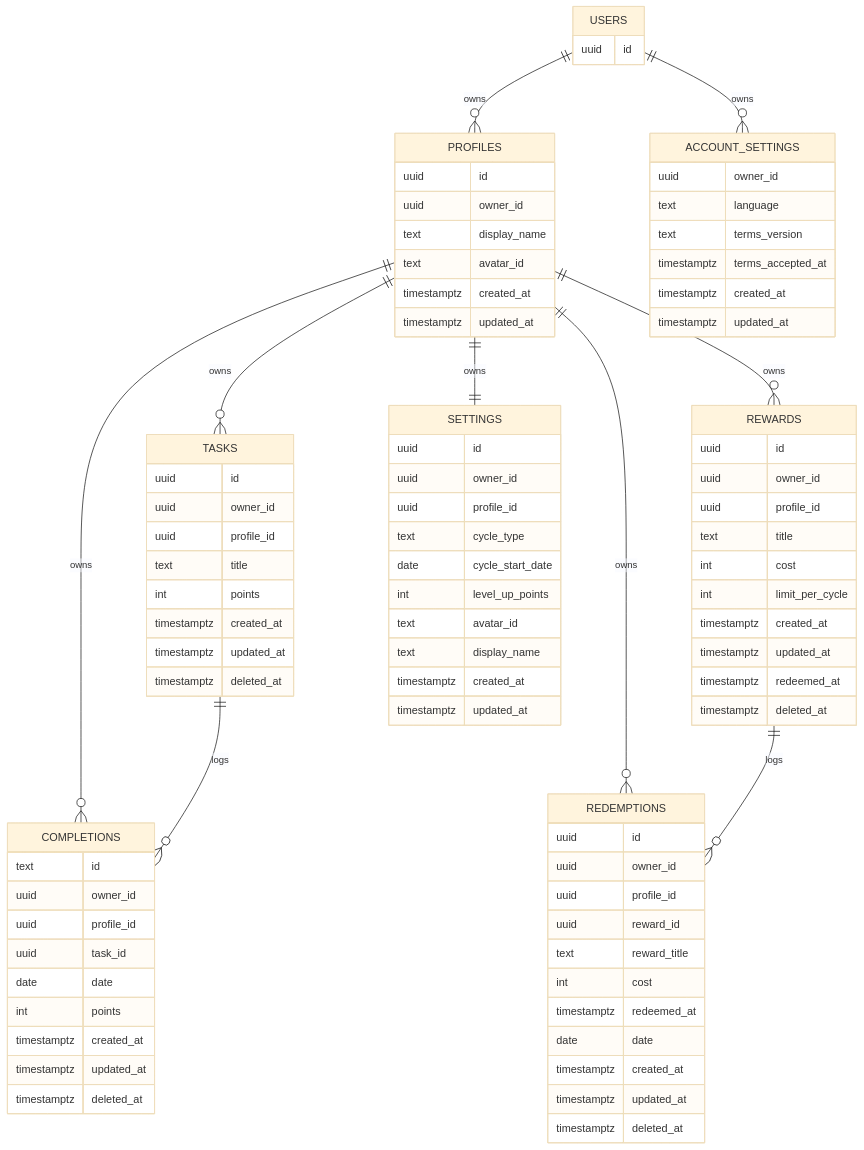
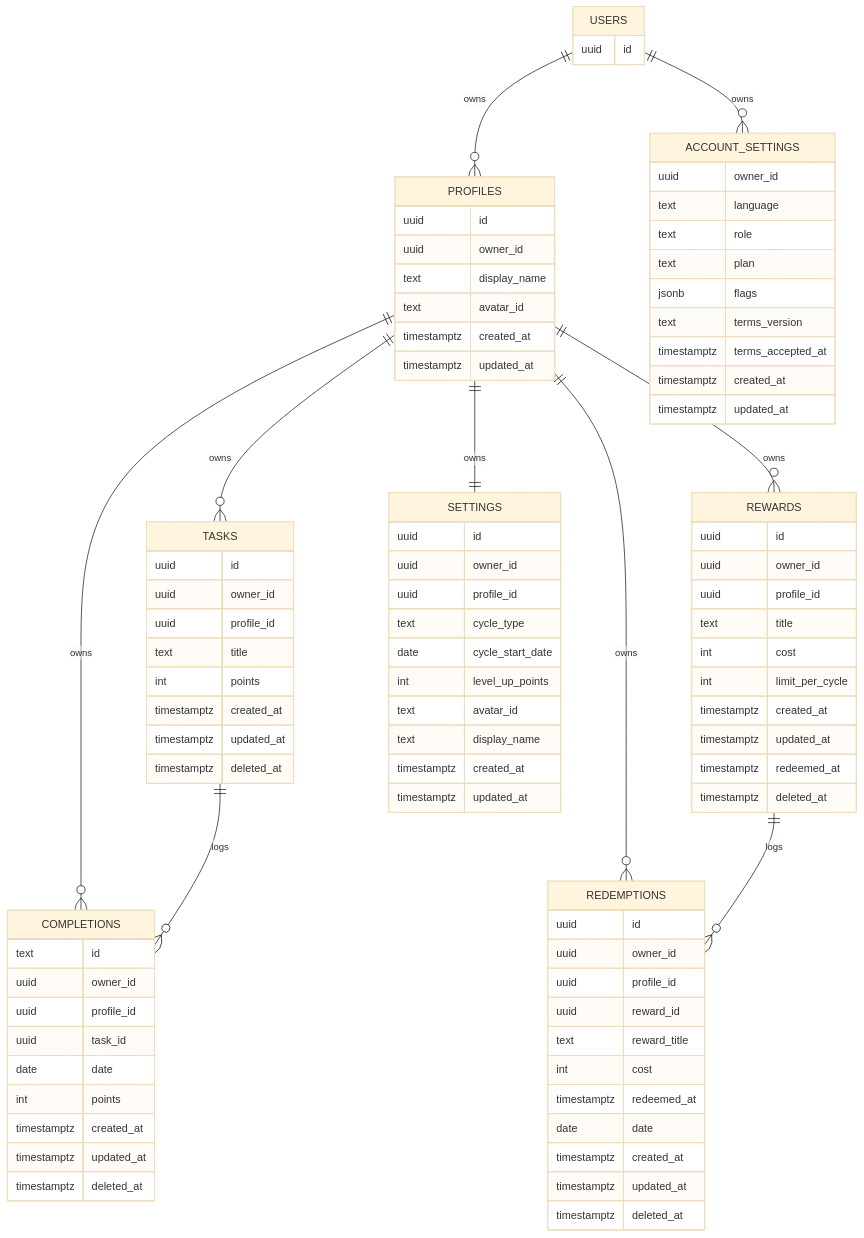
One commit to rodrigobruner/GrowUp changed the diagram in growup/docs/schema-diagram.md. Above: the diagram before and after it, drawn with Mermaid (base theme). The commit also changed 27 other files, not shown here.

Commit message:
feat: remove role from profiles and add DEV plan option with related updates

```diff
--- a/growup/docs/schema-diagram.md
+++ b/growup/docs/schema-diagram.md
@@ -28,6 +28,9 @@
   ACCOUNT_SETTINGS {
     uuid owner_id
     text language
+    text role
+    text plan
+    jsonb flags
     text terms_version
     timestamptz terms_accepted_at
     timestamptz created_at
```
